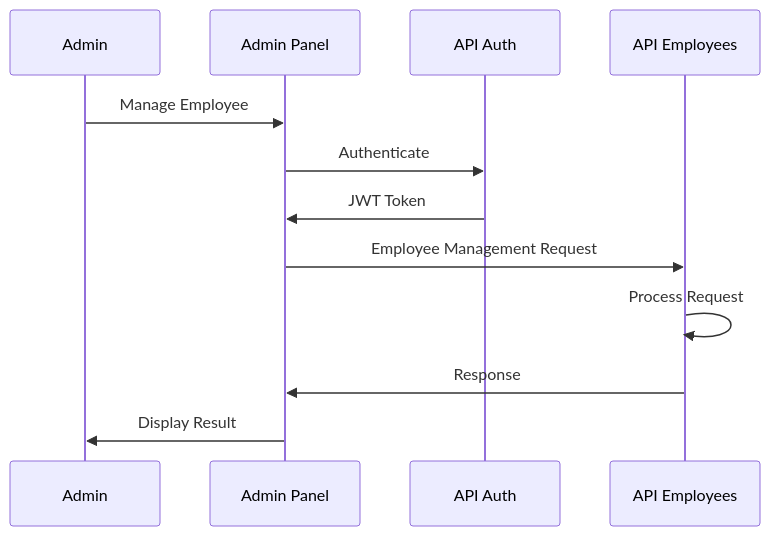
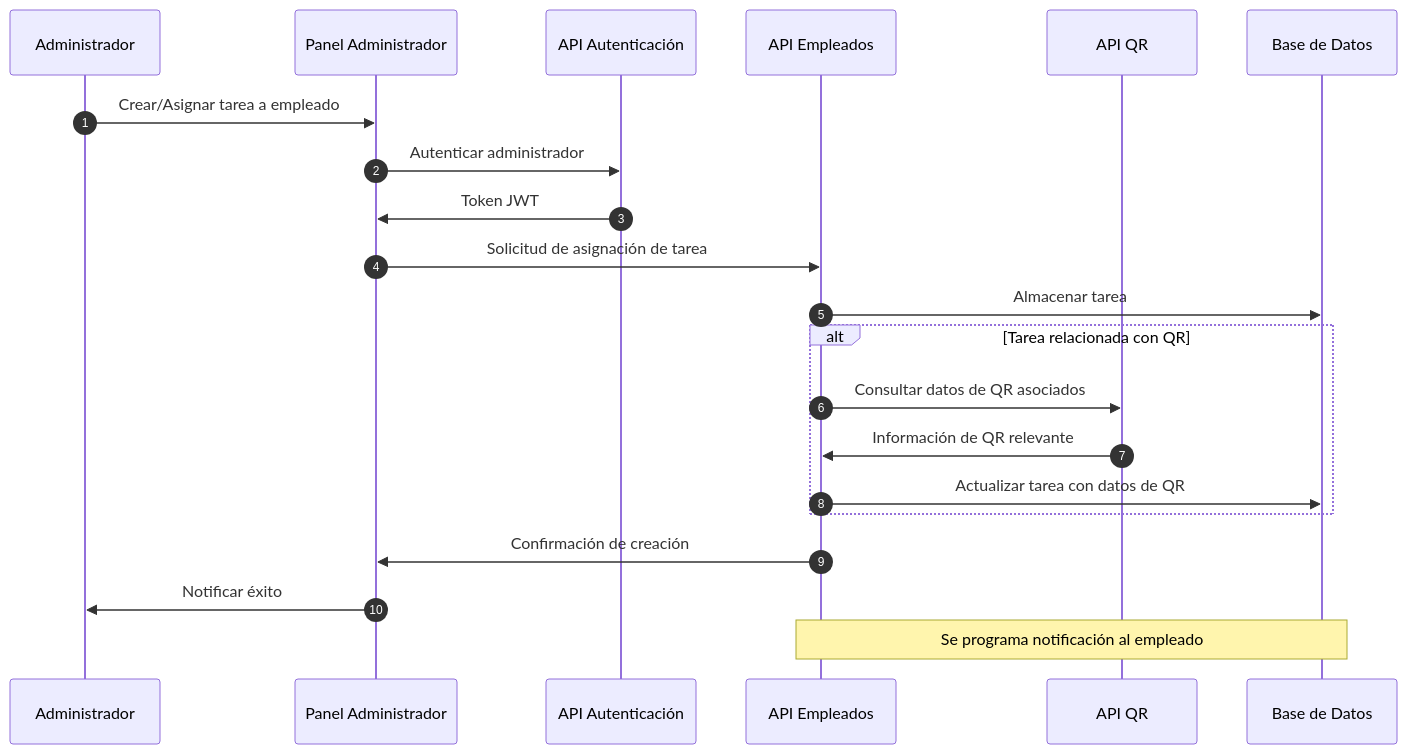
Before and after one commit to Pesgard/QR-Coats-docs: the fourth of 6 diagrams in docs/architecture/data-flow/index.md, drawn with Mermaid. The commit also changed other lines of this file and 7 other files, not shown here.

````diff
--- a/docs/architecture/data-flow/index.md
+++ b/docs/architecture/data-flow/index.md
@@ -47,14 +111,28 @@
 ```mermaid
 sequenceDiagram
-    participant Admin
-    participant AdminApp as Admin Panel
-    participant Auth as API Auth
-    participant EmpAPI as API Employees
-    Admin->>AdminApp: Manage Employee
-    AdminApp->>Auth: Authenticate
-    Auth->>AdminApp: JWT Token
-    AdminApp->>EmpAPI: Employee Management Request
-    EmpAPI->>EmpAPI: Process Request
-    EmpAPI->>AdminApp: Response
-    AdminApp->>Admin: Display Result
+    autonumber
+    participant Admin as Administrador
+    participant AdminPanel as Panel Administrador
+    participant Auth as API Autenticación
+    participant EmpAPI as API Empleados
+    participant QR as API QR
+    participant DB as Base de Datos
+    
+    Admin->>AdminPanel: Crear/Asignar tarea a empleado
+    AdminPanel->>Auth: Autenticar administrador
+    Auth->>AdminPanel: Token JWT
+    
+    AdminPanel->>EmpAPI: Solicitud de asignación de tarea
+    EmpAPI->>DB: Almacenar tarea
+    
+    alt Tarea relacionada con QR
+        EmpAPI->>QR: Consultar datos de QR asociados
+        QR->>EmpAPI: Información de QR relevante
+        EmpAPI->>DB: Actualizar tarea con datos de QR
+    end
+    
+    EmpAPI->>AdminPanel: Confirmación de creación
+    AdminPanel->>Admin: Notificar éxito
+    
+    Note over EmpAPI,DB: Se programa notificación al empleado
 ```
````
